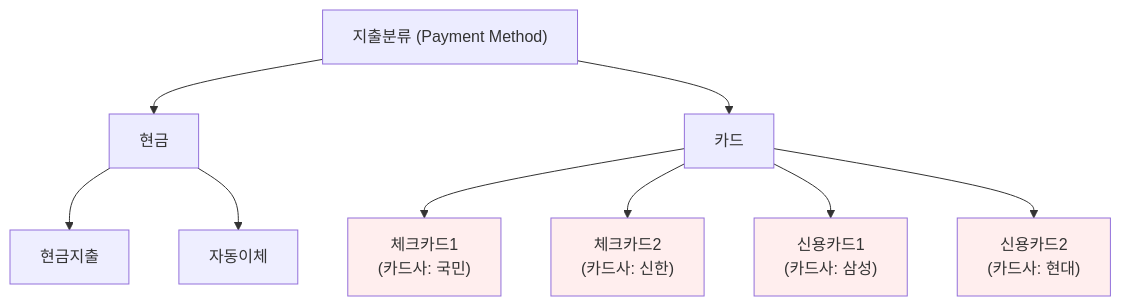
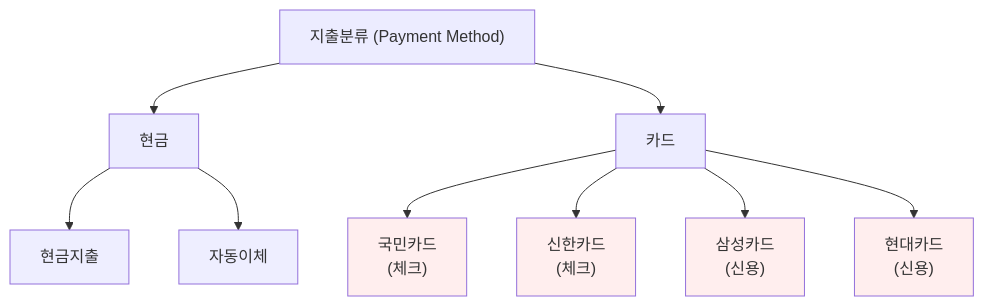
Before and after one commit to tigrelli/account-books: the third of 18 diagrams in docs/가계부_아키텍처_설계.md, drawn with Mermaid. The commit also changed other lines of this file and 8 other files, not shown here.

````diff
--- a/docs/가계부_아키텍처_설계.md
+++ b/docs/가계부_아키텍처_설계.md
@@ -94,21 +94,21 @@
 ```mermaid
 graph TB
     ROOT["지출분류 (Payment Method)"]
     ROOT --> CASH["현금"]
     ROOT --> CARD["카드"]
 
     CASH --> CASH1["현금지출"]
     CASH --> CASH2["자동이체"]
 
-    CARD --> C1["체크카드1<br/>(카드사: 국민)"]
-    CARD --> C2["체크카드2<br/>(카드사: 신한)"]
-    CARD --> C3["신용카드1<br/>(카드사: 삼성)"]
-    CARD --> C4["신용카드2<br/>(카드사: 현대)"]
+    CARD --> C1["국민카드<br/>(체크)"]
+    CARD --> C2["신한카드<br/>(체크)"]
+    CARD --> C3["삼성카드<br/>(신용)"]
+    CARD --> C4["현대카드<br/>(신용)"]
 
     style CASH1 fill:#eef
     style CASH2 fill:#eef
     style C1 fill:#fee
     style C2 fill:#fee
     style C3 fill:#fee
     style C4 fill:#fee
 ```
````
